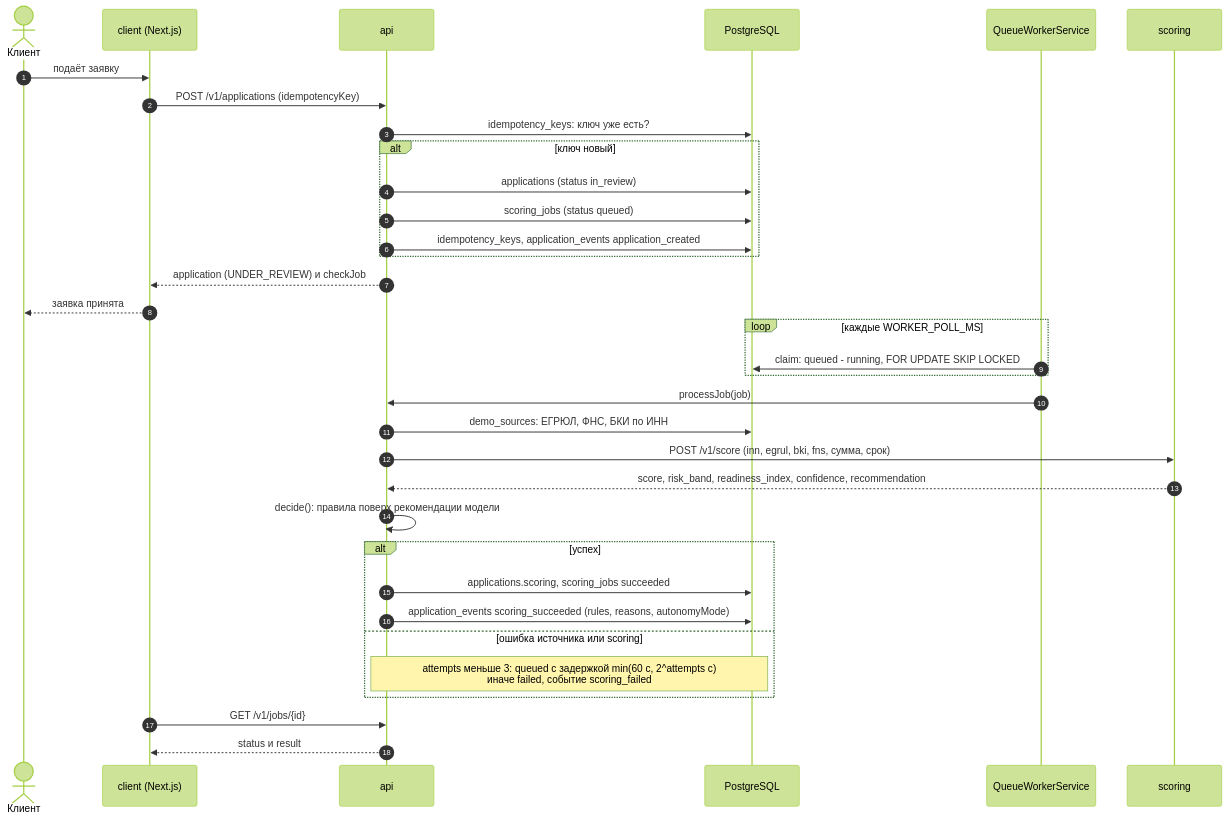
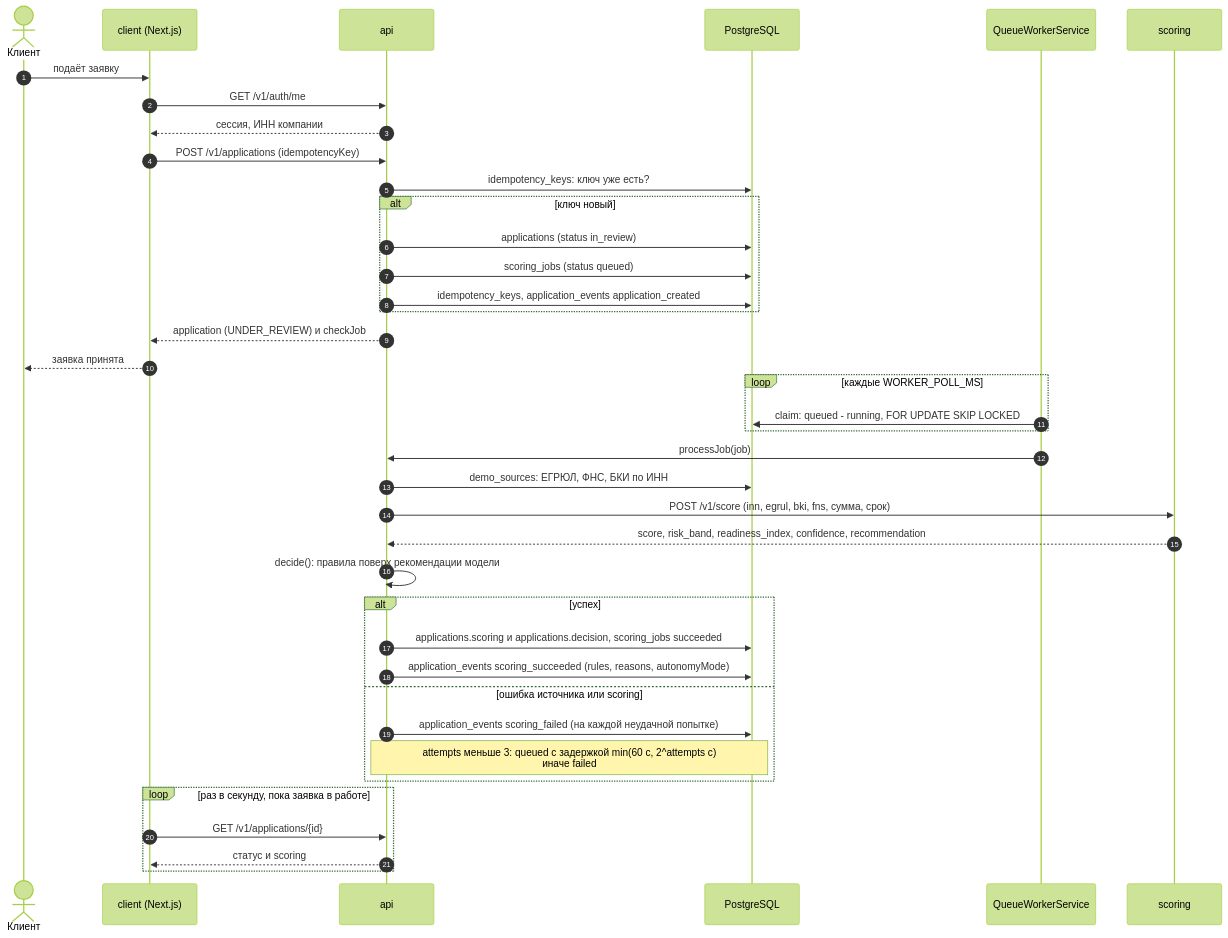
Before and after one commit to DjonniStorm/smart-credit-dashboard: the first of 2 diagrams in docs/diagrams/03-submission-sequence.md, drawn with Mermaid (forest theme). The commit also changed other lines of this file and 15 other files, not shown here.

First line of the commit message:
docs: закрыть замечания ревью к диаграммам

````diff
--- a/docs/diagrams/03-submission-sequence.md
+++ b/docs/diagrams/03-submission-sequence.md
@@ -7,39 +7,44 @@
 ```mermaid
 sequenceDiagram
   autonumber
   actor C as Клиент
   participant W as client (Next.js)
   participant A as api
   participant DB as PostgreSQL
   participant Q as QueueWorkerService
   participant S as scoring
 
   C->>W: подаёт заявку
+  W->>A: GET /v1/auth/me
+  A-->>W: сессия, ИНН компании
   W->>A: POST /v1/applications (idempotencyKey)
   A->>DB: idempotency_keys: ключ уже есть?
   alt ключ новый
     A->>DB: applications (status in_review)
     A->>DB: scoring_jobs (status queued)
     A->>DB: idempotency_keys, application_events application_created
   end
   A-->>W: application (UNDER_REVIEW) и checkJob
   W-->>C: заявка принята
 
   loop каждые WORKER_POLL_MS
     Q->>DB: claim: queued - running, FOR UPDATE SKIP LOCKED
   end
   Q->>A: processJob(job)
   A->>DB: demo_sources: ЕГРЮЛ, ФНС, БКИ по ИНН
   A->>S: POST /v1/score (inn, egrul, bki, fns, сумма, срок)
   S-->>A: score, risk_band, readiness_index, confidence, recommendation
   A->>A: decide(): правила поверх рекомендации модели
   alt успех
-    A->>DB: applications.scoring, scoring_jobs succeeded
+    A->>DB: applications.scoring и applications.decision, scoring_jobs succeeded
     A->>DB: application_events scoring_succeeded (rules, reasons, autonomyMode)
   else ошибка источника или scoring
-    Note over A,DB: attempts меньше 3: queued с задержкой min(60 с, 2^attempts с)<br/>иначе failed, событие scoring_failed
+    A->>DB: application_events scoring_failed (на каждой неудачной попытке)
+    Note over A,DB: attempts меньше 3: queued с задержкой min(60 с, 2^attempts с)<br/>иначе failed
   end
 
-  W->>A: GET /v1/jobs/{id}
-  A-->>W: status и result
+  loop раз в секунду, пока заявка в работе
+    W->>A: GET /v1/applications/{id}
+    A-->>W: статус и scoring
+  end
 ```
````
